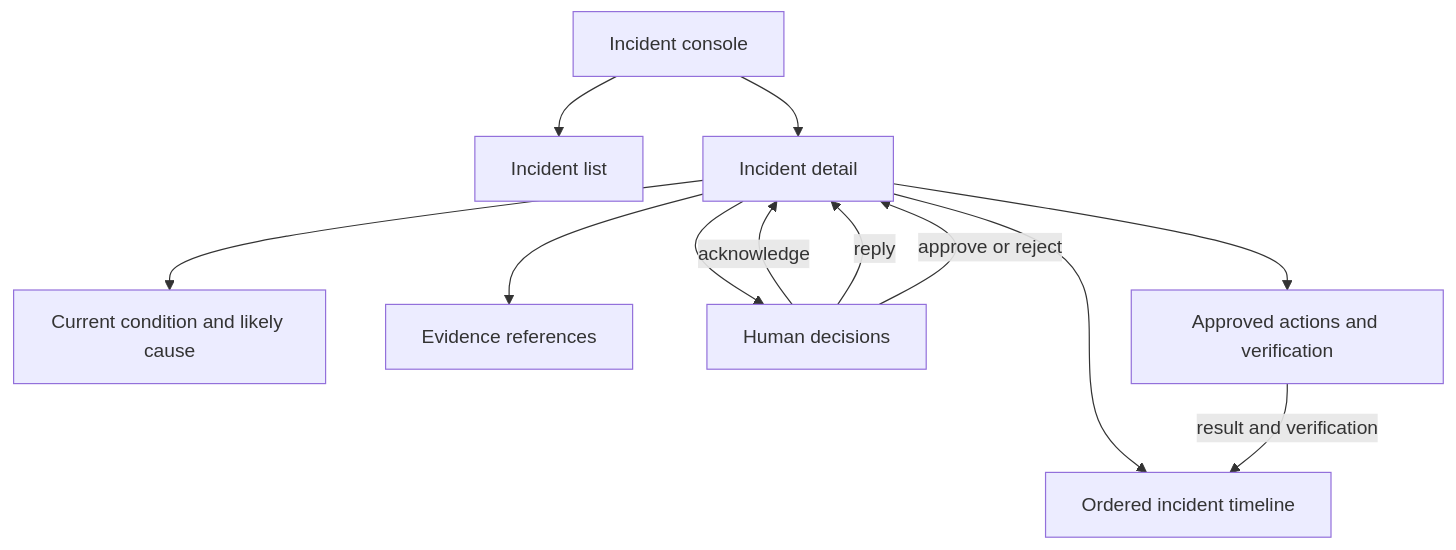
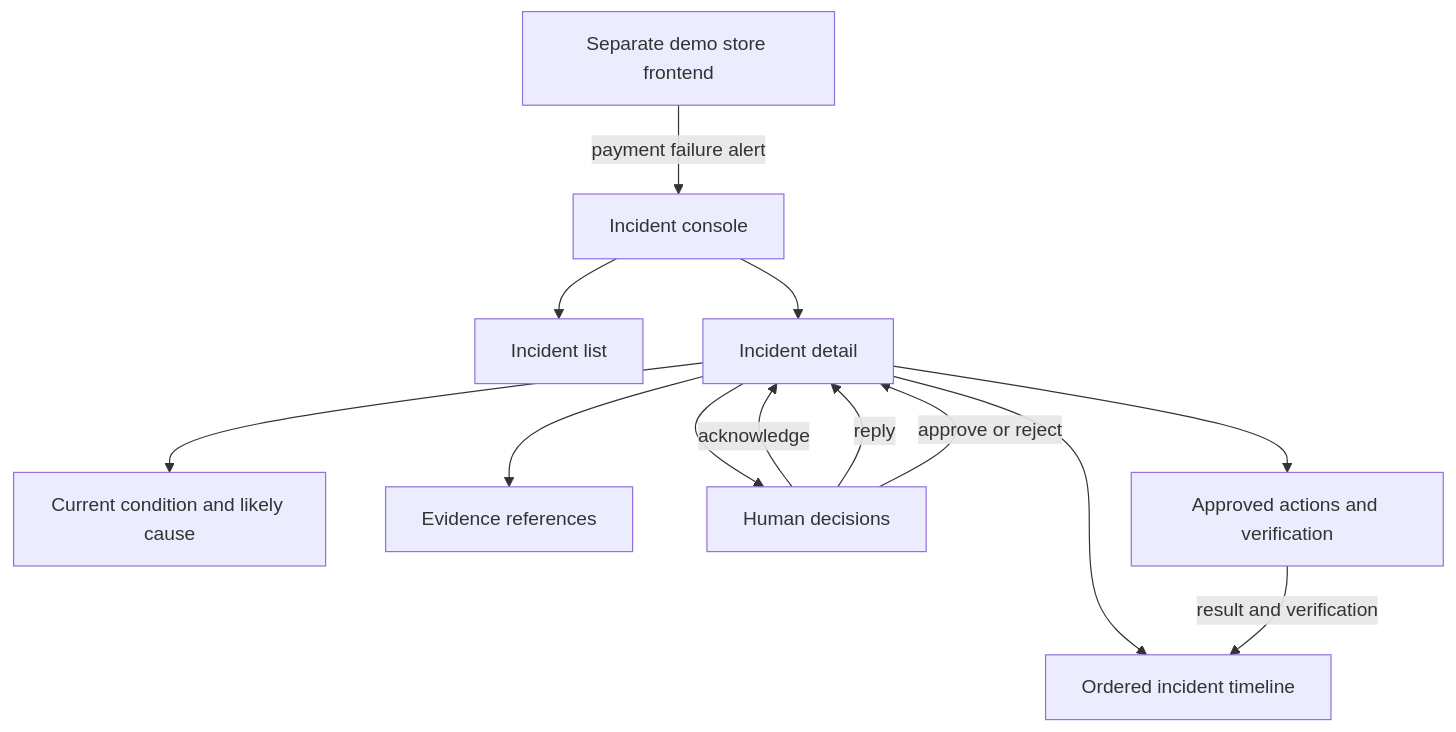
The diagram in _plan_docs/_hld_docs/02-main-ui-architecture.md (safayavatsal/hero-vired-assignment), drawn with Mermaid before and after one commit. The commit also changed other lines of this file and 52 other files, not shown here.

````diff
--- a/_plan_docs/_hld_docs/02-main-ui-architecture.md
+++ b/_plan_docs/_hld_docs/02-main-ui-architecture.md
@@ -5,23 +5,25 @@
 ```mermaid
 flowchart TB
     App[Incident console]
     List[Incident list]
     Detail[Incident detail]
     Summary[Current condition and likely cause]
     Evidence[Evidence references]
     Timeline[Ordered incident timeline]
     Decisions[Human decisions]
     Actions[Approved actions and verification]
+    Store[Separate demo store frontend]
 
+    Store -->|payment failure alert| App
     App --> List
     App --> Detail
     Detail --> Summary
     Detail --> Evidence
     Detail --> Timeline
     Detail --> Decisions
     Detail --> Actions
     Decisions -->|acknowledge| Detail
     Decisions -->|reply| Detail
     Decisions -->|approve or reject| Detail
     Actions -->|result and verification| Timeline
 ```
````
